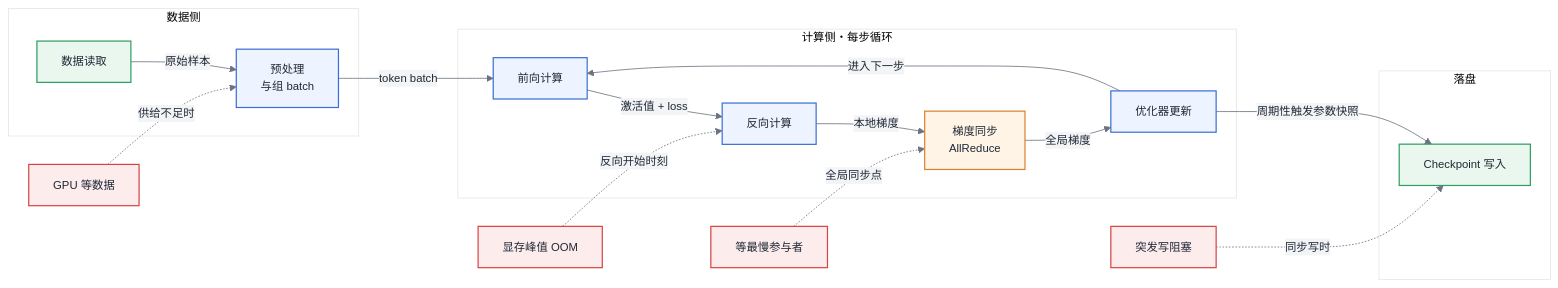
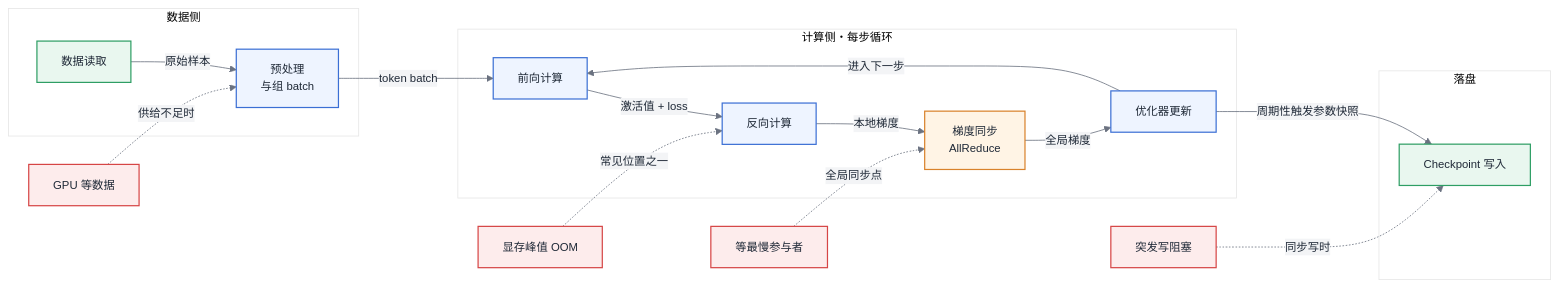
One commit to cdavid817/AI-Infra changed the first of 3 diagrams in 第一部分-基础与心智模型/第02章-两条主线解剖与框架地图.md. Above: the diagram before and after it, drawn with Mermaid. The commit also changed other lines of this file and 55 other files, not shown here.

````diff
--- a/第一部分-基础与心智模型/第02章-两条主线解剖与框架地图.md
+++ b/第一部分-基础与心智模型/第02章-两条主线解剖与框架地图.md
@@ -45,31 +64,31 @@
 ```mermaid
 %%{init: {'theme':'base','themeVariables':{
   'primaryColor':'#EEF4FF','primaryBorderColor':'#3B6FD4','primaryTextColor':'#1F2937',
   'secondaryColor':'#F3F4F6','tertiaryColor':'#FFFFFF',
   'lineColor':'#6B7280','fontFamily':'-apple-system, Segoe UI, Helvetica, Arial, sans-serif','fontSize':'14px'
 }}}%%
 flowchart LR
   classDef compute fill:#EEF4FF,stroke:#3B6FD4,stroke-width:1.5px,color:#1F2937
   classDef storage fill:#E9F7EF,stroke:#2E9E64,stroke-width:1.5px,color:#1F2937
   classDef comm fill:#FFF4E5,stroke:#D9822B,stroke-width:1.5px,color:#1F2937
   classDef bottleneck fill:#FDECEC,stroke:#D64545,stroke-width:1.5px,color:#1F2937
 
   subgraph DATAPATH[数据侧]
     A[数据读取]:::storage -->|原始样本| B[预处理<br/>与组 batch]:::compute
   end
   subgraph STEP[计算侧・每步循环]
     C[前向计算]:::compute -->|激活值 + loss| D[反向计算]:::compute
     D -->|本地梯度| E[梯度同步<br/>AllReduce]:::comm
     E -->|全局梯度| F[优化器更新]:::compute
   end
   subgraph PERSIST[落盘]
     G[Checkpoint 写入]:::storage
   end
   B -->|token batch| C
   F -->|进入下一步| C
   F -->|周期性触发参数快照| G
   X1[GPU 等数据]:::bottleneck -.->|供给不足时| B
-  X2[显存峰值 OOM]:::bottleneck -.->|反向开始时刻| D
+  X2[显存峰值 OOM]:::bottleneck -.->|常见位置之一| D
   X3[等最慢参与者]:::bottleneck -.->|全局同步点| E
   X4[突发写阻塞]:::bottleneck -.->|同步写时| G
 ```
````
